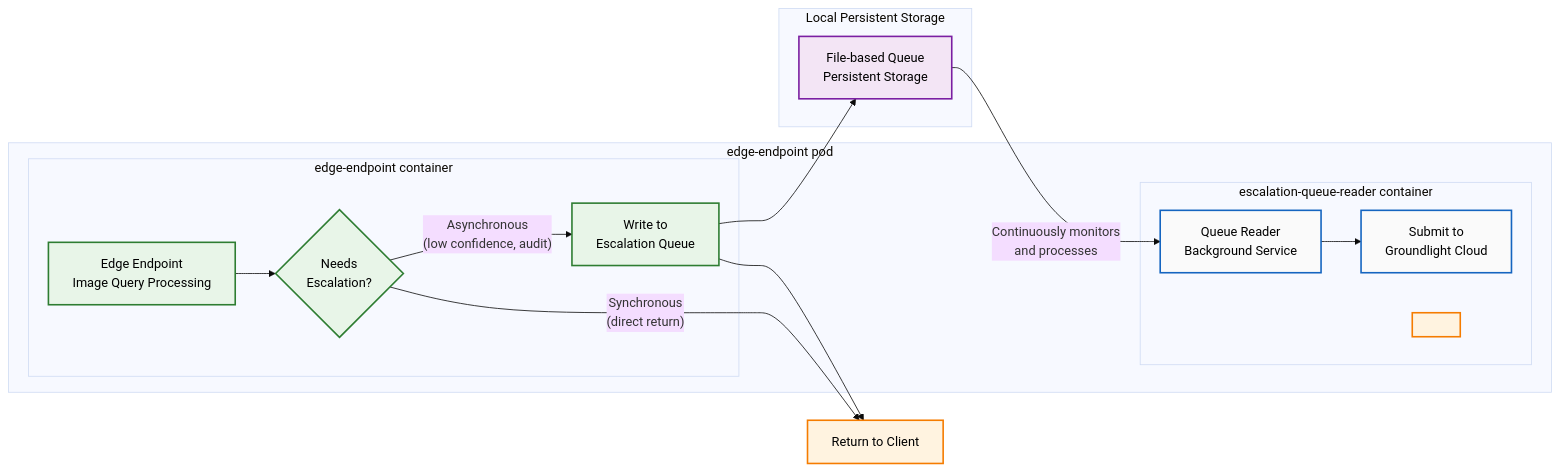
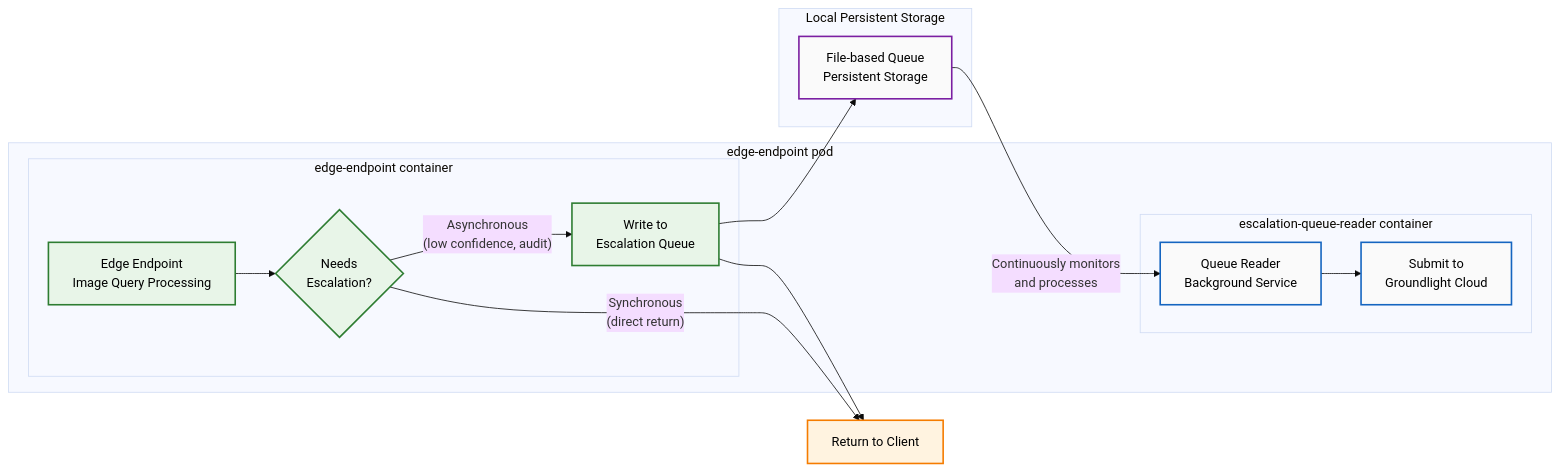
The diagram in ESCALATION-QUEUE.md (groundlight/edge-endpoint), drawn with Mermaid (base theme) before and after one commit.

Commit message:
formatting again

````diff
--- a/ESCALATION-QUEUE.md
+++ b/ESCALATION-QUEUE.md
@@ -11,42 +11,41 @@
 ```mermaid
 flowchart LR
     subgraph "edge-endpoint pod"
         subgraph "edge-endpoint container"
             EDGE[Edge Endpoint<br/>Image Query Processing]
             DECISION{Needs<br/>Escalation?}
             QUEUE_WRITE[Write to<br/>Escalation Queue]
         end
         
-        subgraph "escalation-queue-reader container"
+        subgraph "escalation-queue-reader container  "
             QUEUE_READ[Queue Reader<br/>Background Service]
             CLOUD_SUBMIT[Submit to<br/>Groundlight Cloud]
-            SPACING[ ]
         end
     end
     
     subgraph "Local Persistent Storage"
         QUEUE[File-based Queue<br/>Persistent Storage]
     end
     
     %% Main Flow
     EDGE --> DECISION
     DECISION -->|"Asynchronous<br/>(low confidence, audit)"| QUEUE_WRITE
     DECISION -->|"Synchronous<br/>(direct return)"| RESPONSE[Return to Client]
     QUEUE_WRITE --> QUEUE
     QUEUE_WRITE --> RESPONSE
     
     %% Background Flow
     QUEUE --> |Continuously monitors<br/>and processes| QUEUE_READ
     QUEUE_READ --> CLOUD_SUBMIT
     
     %% Styling with darker text
     classDef main fill:#e8f5e8,stroke:#2e7d32,stroke-width:2px,color:#000000
-    classDef storage fill:#f3e5f5,stroke:#7b1fa2,stroke-width:2px,color:#000000
+    classDef storage fill:#fafafa,stroke:#7b1fa2,stroke-width:2px,color:#000000
     classDef background fill:#fafafa,stroke:#1565c0,stroke-width:2px,color:#000000
     classDef response fill:#fff3e0,stroke:#f57c00,stroke-width:2px,color:#000000
     
     class EDGE,DECISION,QUEUE_WRITE main
     class QUEUE storage
     class QUEUE_READ,CLOUD_SUBMIT background
-    class RESPONSE,SPACING response
+    class RESPONSE response
 ```
````
